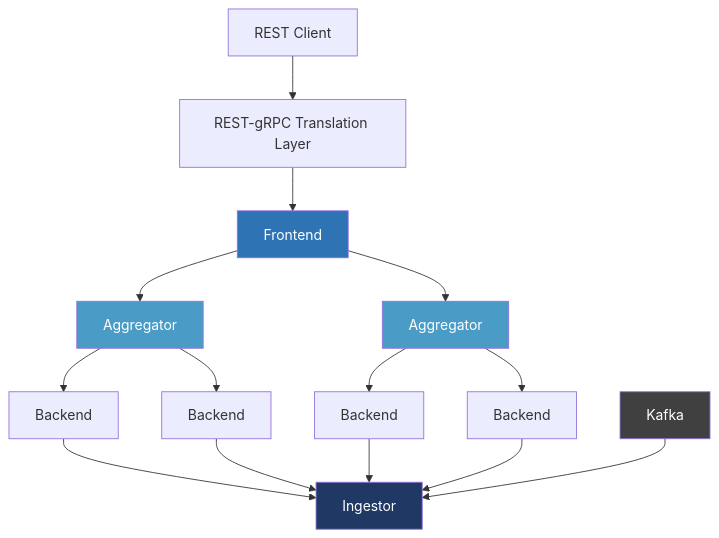
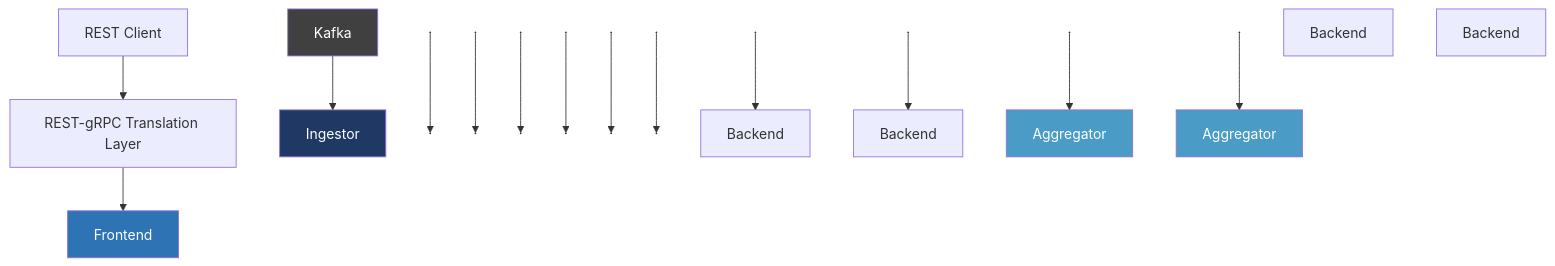
The diagram in writings/system_rebuild.md (daib/blogs), drawn with Mermaid before and after one commit.

Commit message:
Update graph

````diff
--- a/writings/system_rebuild.md
+++ b/writings/system_rebuild.md
@@ -51,26 +51,44 @@
 ```mermaid
-flowchart TD
-    RC[REST Client] --> TL[REST-gRPC Translation Layer]
-    TL --> FE[Frontend]
+---
+config:
+  layout: fixed
+---
+flowchart TB
+    RC["REST Client"] --> TL["REST-gRPC Translation Layer"]
+    TL --> FE["Frontend"]
+    K["Kafka"] --> ING["Ingestor"]
+    n1[" "] --> n2[" "]
+    n3[" "] --> n4[" "]
+    n5[" "] --> n6[" "]
+    n7[" "] --> n8[" "]
+    n9[" "] --> n10[" "]
+    n11[" "] --> n12[" "]
+    n13[" "] --> B3["Backend"]
+    n14[" "] --> B4["Backend"]
+    n15[" "] --> AGG1["Aggregator"]
+    n16[" "] --> AGG2["Aggregator"]
+    B1["Backend"]
+    B2["Backend"]
 
-    FE --> AGG1[Aggregator]
-    FE --> AGG2[Aggregator]
-
-    AGG1 --> B1[Backend]
-    AGG1 --> B2[Backend]
-    AGG2 --> B3[Backend]
-    AGG2 --> B4[Backend]
-
-    B1 --> ING[Ingestor]
-    B2 --> ING
-    B3 --> ING
-    B4 --> ING
-
-    K[Kafka] --> ING
-
+    n1@{ shape: anchor}
+    n2@{ shape: anchor}
+    n3@{ shape: anchor}
+    n4@{ shape: anchor}
+    n5@{ shape: anchor}
+    n6@{ shape: anchor}
+    n7@{ shape: anchor}
+    n8@{ shape: anchor}
+    n9@{ shape: anchor}
+    n10@{ shape: anchor}
+    n11@{ shape: anchor}
+    n12@{ shape: anchor}
+    n13@{ shape: anchor}
+    n14@{ shape: anchor}
+    n15@{ shape: anchor}
+    n16@{ shape: anchor}
     style FE fill:#2E74B5,color:#fff
+    style K fill:#404040,color:#fff
+    style ING fill:#1F3864,color:#fff
     style AGG1 fill:#4A9CC7,color:#fff
     style AGG2 fill:#4A9CC7,color:#fff
-    style ING fill:#1F3864,color:#fff
-    style K fill:#404040,color:#fff
 ```
````
